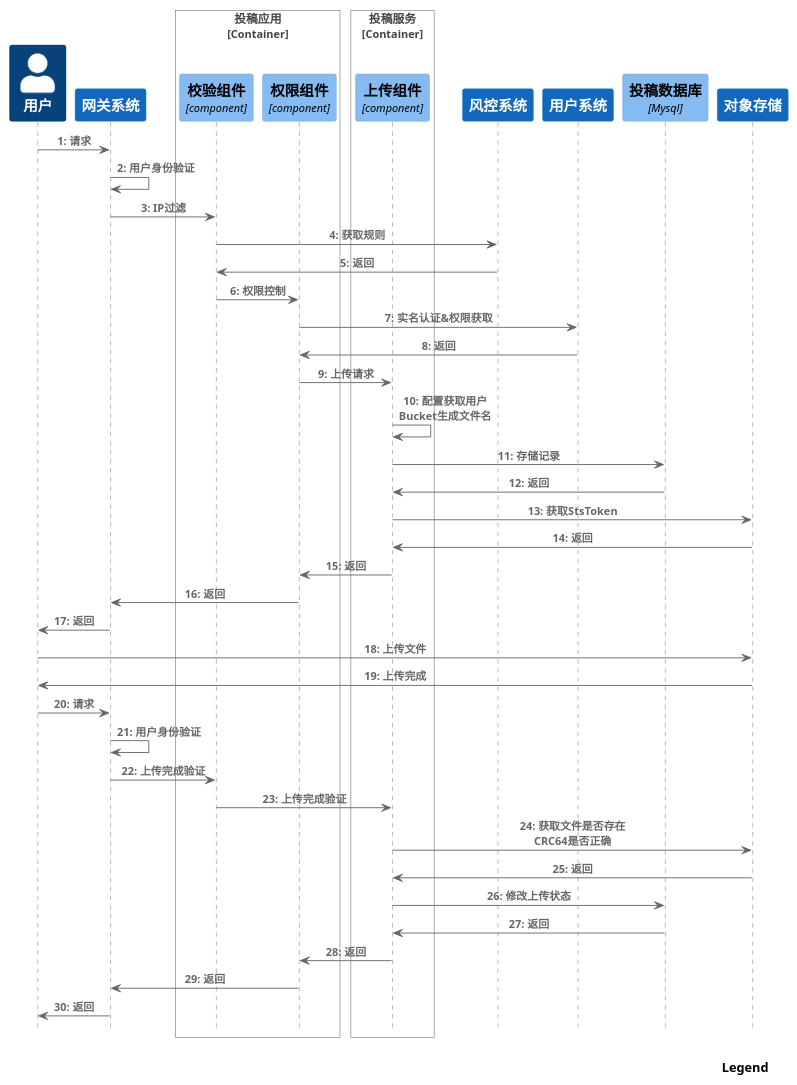
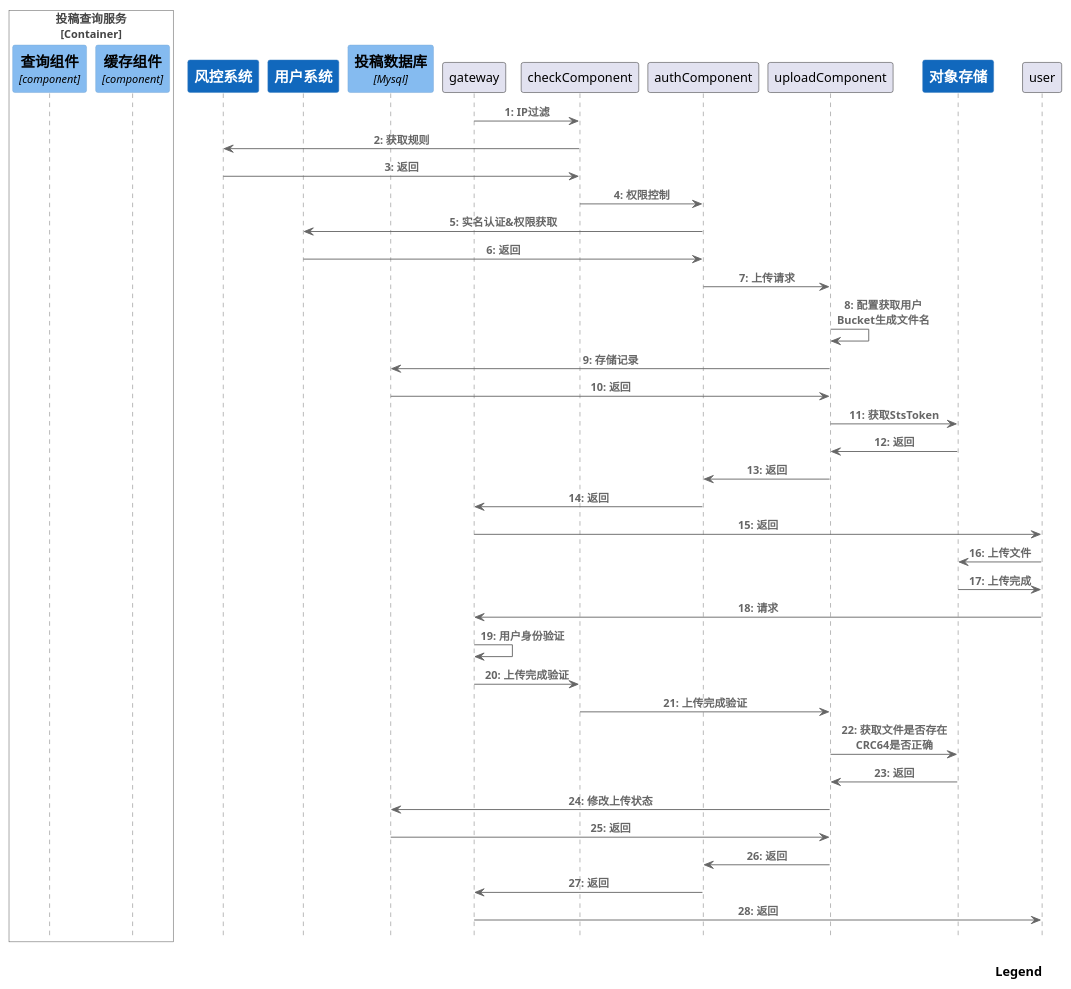
Before and after one commit to nxnnxn/community-doc: the diagram in puml/content/post/select/selectpostseq.puml, drawn with PlantUML. The commit also changed 5 other files, not shown here.

```diff
--- a/puml/content/post/select/selectpostseq.puml
+++ b/puml/content/post/select/selectpostseq.puml
@@ -1,59 +1,49 @@
 @startuml
 !include <C4/C4_Sequence>
 SHOW_INDEX()
 SHOW_LEGEND()
 
-Person(user, "用户")
-System(gateway,"网关系统")
-
-Rel(user, gateway, "请求")
-Rel(gateway, gateway, "用户身份验证")
-
-Container_Boundary(postFacade, "投稿应用")
-    Component(checkComponent, "校验组件", "component", "IP校验&安全检验")
-    Component(authComponent, "权限组件", "component", "用户权限检验")
-Boundary_End()
-
-Container_Boundary(postService, "投稿服务")
-    Component(uploadComponent, "上传组件", "component", "上传令牌服务")
+Container_Boundary(postReadService, "投稿查询服务")
+    Component(selectComponent, "查询组件", "component", "查询服务")
+    Component(cacheComponent, "缓存组件", "component", "缓存查询服务")
 Boundary_End()
 System(security,"风控系统")
 System(userSystem,"用户系统")
 ComponentDb(db, "投稿数据库", "Mysql")
 
 Rel(gateway, checkComponent, "IP过滤")
 Rel(checkComponent, security, "获取规则")
 Rel(security,checkComponent, "返回")
 Rel(checkComponent, authComponent, "权限控制")
 Rel(authComponent, userSystem, "实名认证&权限获取")
 Rel(userSystem,authComponent, "返回")
 Rel(authComponent, uploadComponent, "上传请求")
 Rel(uploadComponent, uploadComponent, "配置获取用户\nBucket生成文件名")
 Rel(uploadComponent, db, "存储记录")
 Rel(db, uploadComponent, "返回")
 System(objectStorage, "对象存储")
 Rel(uploadComponent, objectStorage, "获取StsToken")
 Rel(objectStorage, uploadComponent, "返回")
 Rel(uploadComponent, authComponent, "返回")
 Rel(authComponent, gateway, "返回")
 Rel(gateway, user, "返回")
 Rel(user, objectStorage, "上传文件")
 Rel(objectStorage, user, "上传完成")
 Rel(user, gateway, "请求")
 Rel(gateway, gateway, "用户身份验证")
 Rel(gateway, checkComponent, "上传完成验证")
 Rel(checkComponent, uploadComponent, "上传完成验证")
 Rel(uploadComponent, objectStorage, "获取文件是否存在\nCRC64是否正确")
 Rel(objectStorage, uploadComponent, "返回")
 Rel(uploadComponent, db, "修改上传状态")
 Rel(db, uploadComponent, "返回")
 Rel(uploadComponent, authComponent, "返回")
 Rel(authComponent, gateway, "返回")
 Rel(gateway, user, "返回")
 
 
 
 
 
 
 @enduml
```
